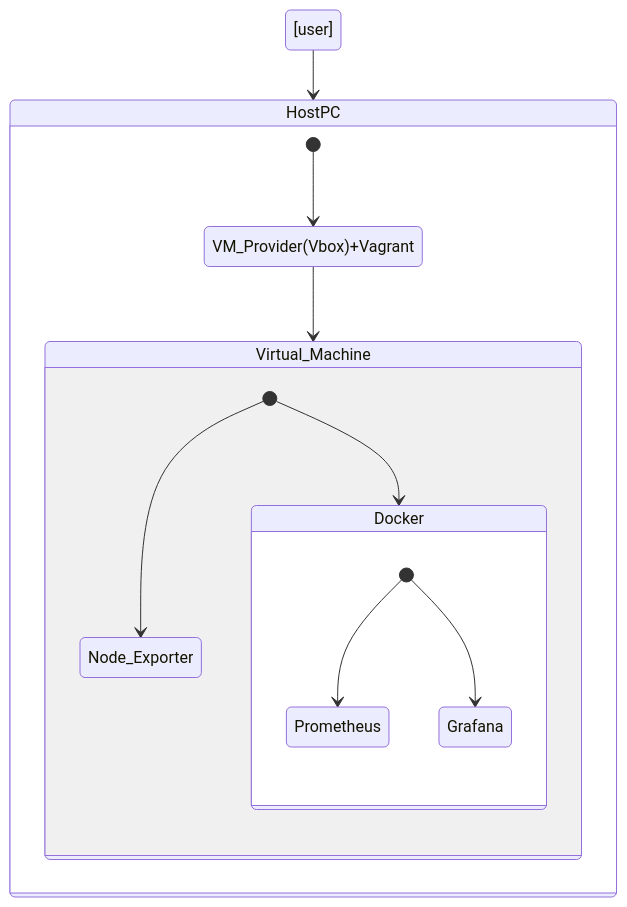
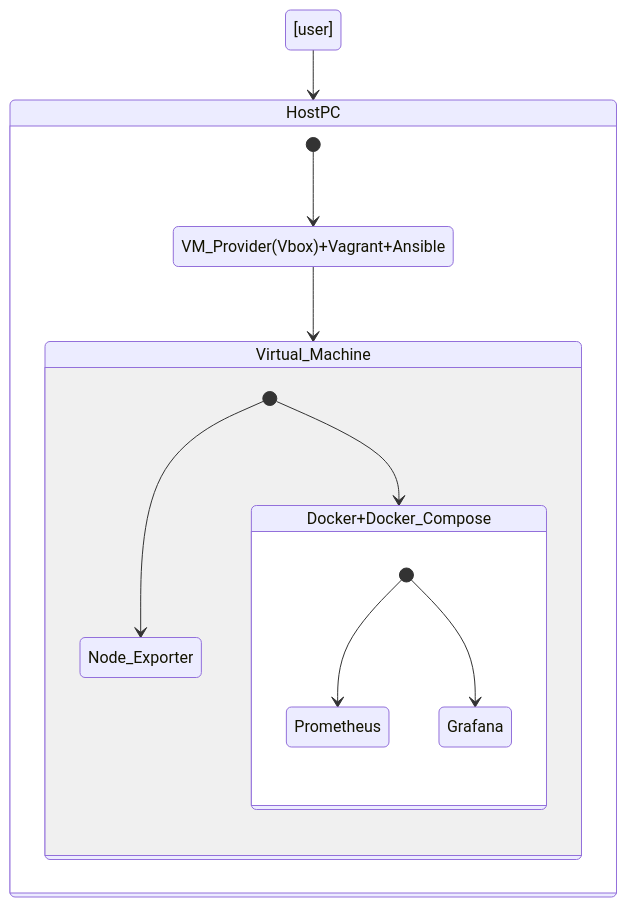
Before and after one commit to dimkinkot/test-vagrant-ansible-docker-grafana: the first of 2 diagrams in README.md, drawn with Mermaid.

Commit message:
upd diagram

````diff
--- a/README.md
+++ b/README.md
@@ -56,16 +56,16 @@
 ```mermaid
 stateDiagram-v2
     [user] --> HostPC
       state HostPC {
-        [*] --> VM_Provider(Vbox)+Vagrant
-        VM_Provider(Vbox)+Vagrant --> Virtual_Machine
+        [*] --> VM_Provider(Vbox)+Vagrant+Ansible
+        VM_Provider(Vbox)+Vagrant+Ansible --> Virtual_Machine
           state Virtual_Machine {
             [*] --> Node_Exporter
-            [*] --> Docker
-              state Docker {
+            [*] --> Docker+Docker_Compose
+              state Docker+Docker_Compose {
                 [*] --> Prometheus
                 [*] --> Grafana
               }
           }
       }
 ```
````
